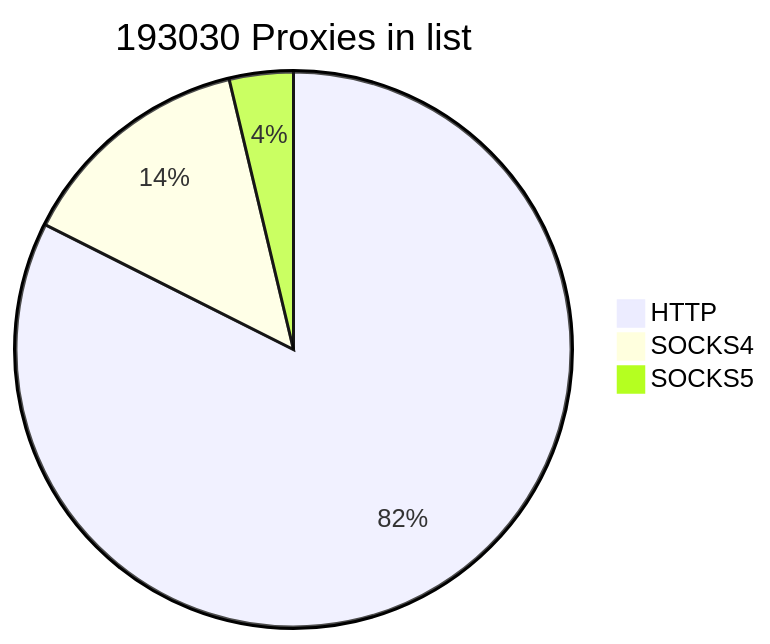
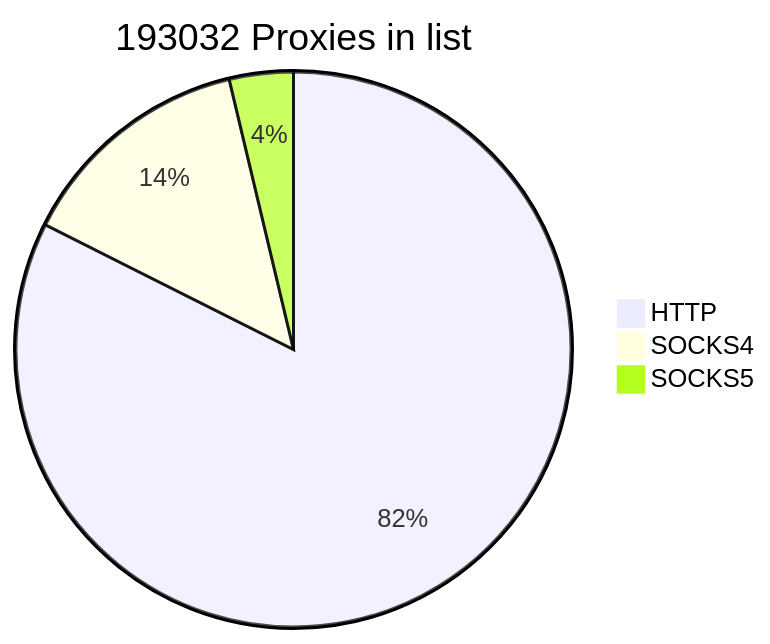
The first of 2 diagrams in README.md (cutipu/proxylist), drawn with Mermaid before and after one commit. The commit also changed other lines of this file, not shown here.

````diff
--- a/README.md
+++ b/README.md
@@ -2,7 +2,7 @@
 ```mermaid
-pie title 193030 Proxies in list
+pie title 193032 Proxies in list
     "HTTP" : 159080
-    "SOCKS4" : 26770
-    "SOCKS5" : 7180
+    "SOCKS4" : 26771
+    "SOCKS5" : 7181
             
 ```
````
